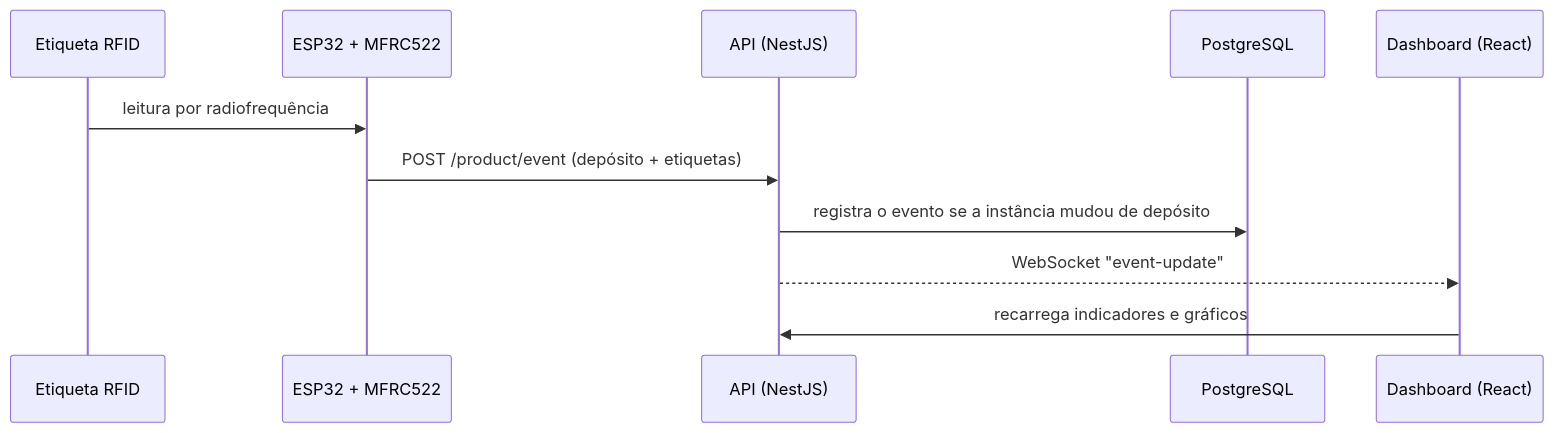
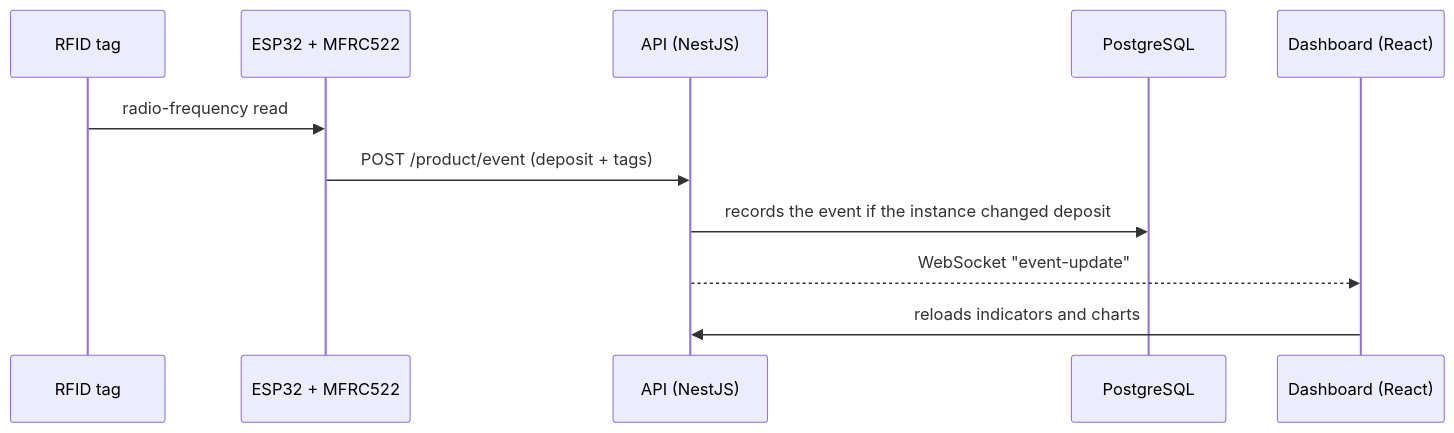
The first of 2 diagrams in README.md (JoseMD12/tcc-back), drawn with Mermaid before and after one commit. The commit also changed other lines of this file, not shown here.

````diff
--- a/README.md
+++ b/README.md
@@ -20,14 +20,14 @@
 ```mermaid
 sequenceDiagram
-    participant Tag as Etiqueta RFID
+    participant Tag as RFID tag
     participant ESP as ESP32 + MFRC522
     participant API as API (NestJS)
     participant DB as PostgreSQL
     participant Web as Dashboard (React)
 
-    Tag->>ESP: leitura por radiofrequência
-    ESP->>API: POST /product/event (depósito + etiquetas)
-    API->>DB: registra o evento se a instância mudou de depósito
+    Tag->>ESP: radio-frequency read
+    ESP->>API: POST /product/event (deposit + tags)
+    API->>DB: records the event if the instance changed deposit
     API-->>Web: WebSocket "event-update"
-    Web->>API: recarrega indicadores e gráficos
+    Web->>API: reloads indicators and charts
 ```
````
